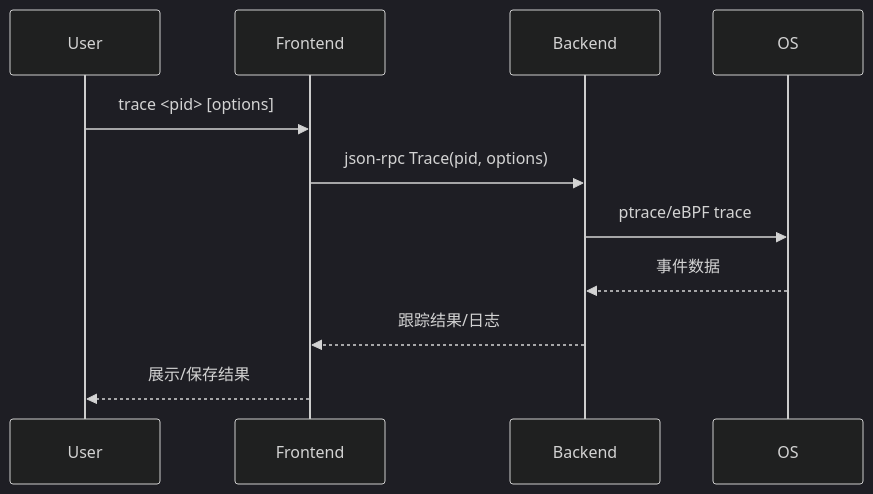
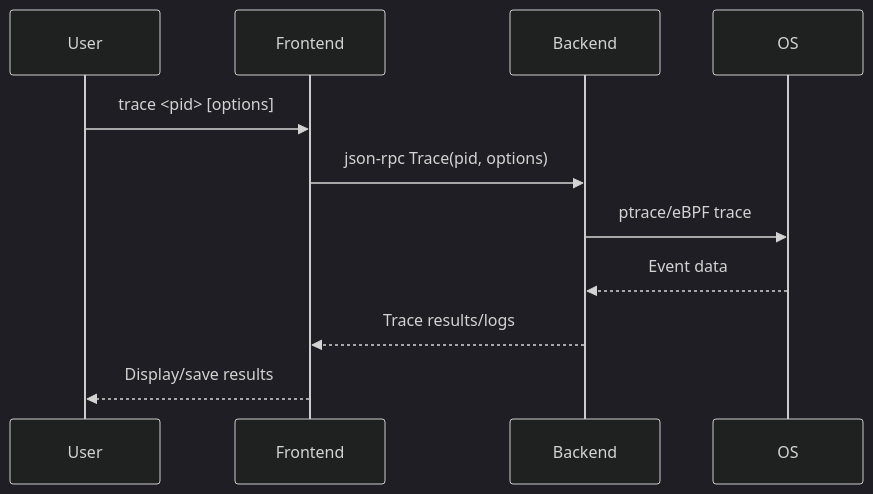
Before and after one commit to hitzhangjie/golang-debugger-book-en: the diagram in book/9-develop-sym-debugger/2-核心调试逻辑/17-tinydbg_trace.md, drawn with Mermaid (dark theme). The commit also changed other lines of this file and 44 other files, not shown here.

````diff
--- a/book/9-develop-sym-debugger/2-核心调试逻辑/17-tinydbg_trace.md
+++ b/book/9-develop-sym-debugger/2-核心调试逻辑/17-tinydbg_trace.md
@@ -56,13 +56,13 @@
 ```mermaid
 sequenceDiagram
     participant User
     participant Frontend
     participant Backend
     participant OS
     User->>Frontend: trace <pid> [options]
     Frontend->>Backend: json-rpc Trace(pid, options)
     Backend->>OS: ptrace/eBPF trace
-    OS-->>Backend: 事件数据
-    Backend-->>Frontend: 跟踪结果/日志
-    Frontend-->>User: 展示/保存结果
+    OS-->>Backend: Event data
+    Backend-->>Frontend: Trace results/logs
+    Frontend-->>User: Display/save results
 ```
````
